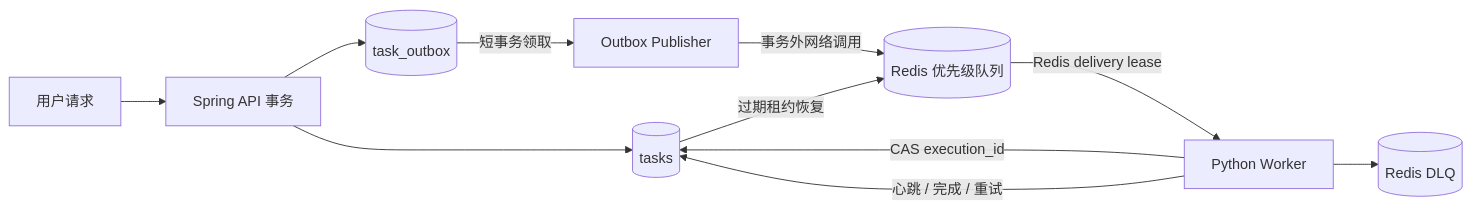
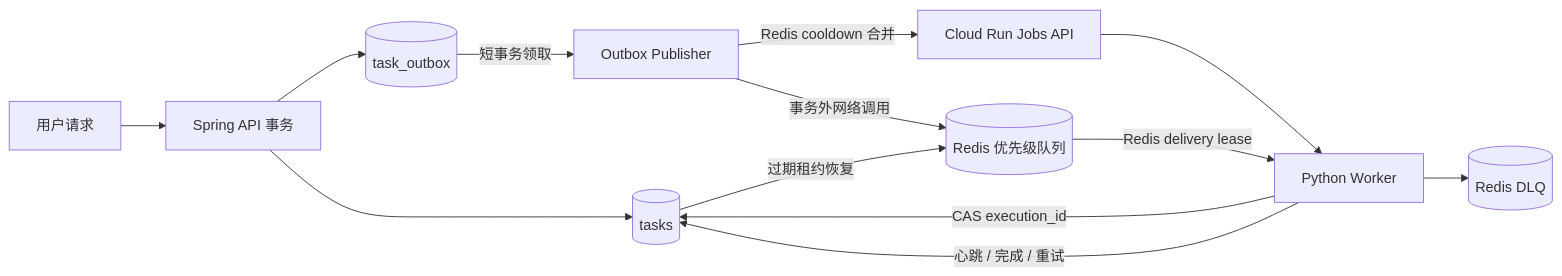
Before and after one commit to KaiusJin/NoteFlow: the diagram in docs/technical/ADR-002_REDIS_DURABLE_TASK_EXECUTION.md, drawn with Mermaid. The commit also changed other lines of this file and 10 other files, not shown here.

````diff
--- a/docs/technical/ADR-002_REDIS_DURABLE_TASK_EXECUTION.md
+++ b/docs/technical/ADR-002_REDIS_DURABLE_TASK_EXECUTION.md
@@ -15,13 +15,15 @@
 ```mermaid
 flowchart LR
     U[用户请求] --> A[Spring API 事务]
     A --> T[(tasks)]
     A --> O[(task_outbox)]
     O -->|短事务领取| P[Outbox Publisher]
     P -->|事务外网络调用| R[(Redis 优先级队列)]
+    P -->|Redis cooldown 合并| C[Cloud Run Jobs API]
+    C --> W
     R -->|Redis delivery lease| W[Python Worker]
     W -->|CAS execution_id| T
     W -->|心跳 / 完成 / 重试| T
     T -->|过期租约恢复| R
     W --> D[(Redis DLQ)]
 ```
````
